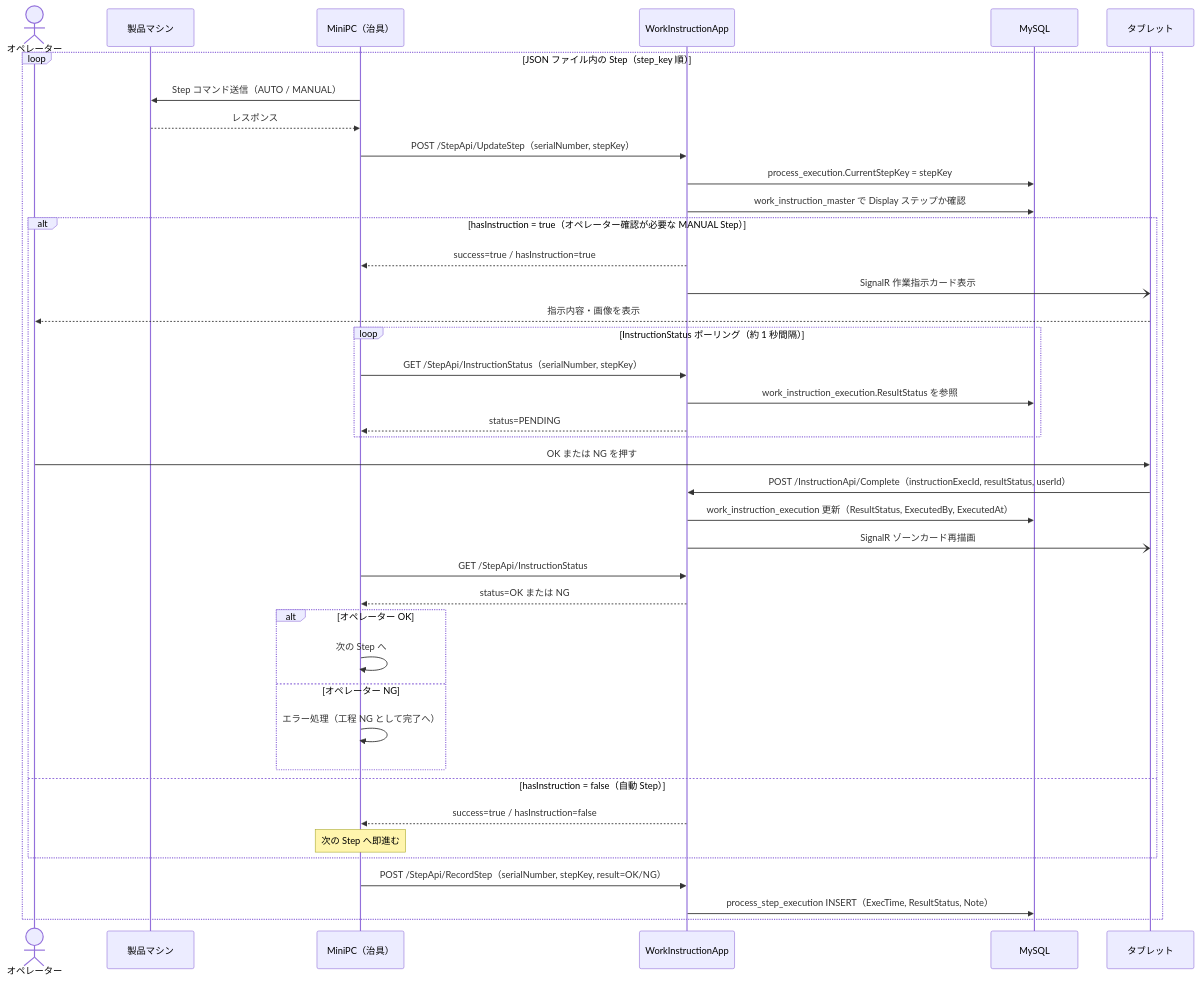
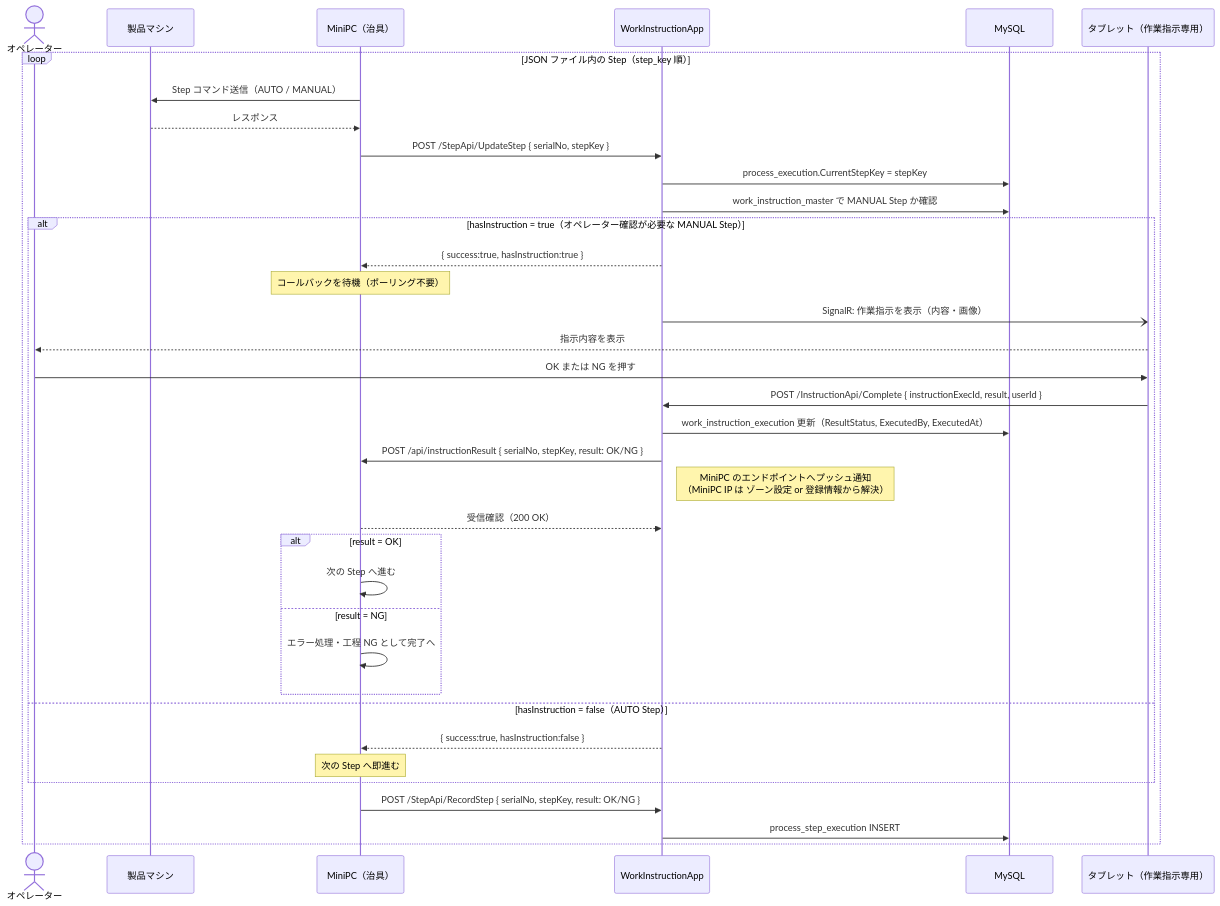
Before and after one commit to namagi14-lab/spica-warranty-design: the fifth of 9 diagrams in docs/07_system_design.md, drawn with Mermaid. The commit also changed other lines of this file, not shown here.

````diff
--- a/docs/07_system_design.md
+++ b/docs/07_system_design.md
@@ -203,51 +204,47 @@
 ```mermaid
 sequenceDiagram
     actor Op as オペレーター
     participant Machine as 製品マシン
     participant MiniPC as MiniPC（治具）
     participant App as WorkInstructionApp
     participant DB as MySQL
-    participant Tablet as タブレット
+    participant Tablet as タブレット（作業指示専用）
 
     loop JSON ファイル内の Step（step_key 順）
         MiniPC->>Machine: Step コマンド送信（AUTO / MANUAL）
         Machine-->>MiniPC: レスポンス
 
-        MiniPC->>App: POST /StepApi/UpdateStep（serialNumber, stepKey）
+        MiniPC->>App: POST /StepApi/UpdateStep { serialNo, stepKey }
         App->>DB: process_execution.CurrentStepKey = stepKey
-        App->>DB: work_instruction_master で Display ステップか確認
+        App->>DB: work_instruction_master で MANUAL Step か確認
 
         alt hasInstruction = true（オペレーター確認が必要な MANUAL Step）
-            App-->>MiniPC: success=true / hasInstruction=true
-            App-)Tablet: SignalR 作業指示カード表示
-            Tablet-->>Op: 指示内容・画像を表示
+            App-->>MiniPC: { success:true, hasInstruction:true }
+            Note over MiniPC: コールバックを待機（ポーリング不要）
 
-            loop InstructionStatus ポーリング（約 1 秒間隔）
-                MiniPC->>App: GET /StepApi/InstructionStatus（serialNumber, stepKey）
-                App->>DB: work_instruction_execution.ResultStatus を参照
-                App-->>MiniPC: status=PENDING
+            App-)Tablet: SignalR: 作業指示を表示（内容・画像）
+            Tablet-->>Op: 指示内容を表示
+
+            Op->>Tablet: OK または NG を押す
+            Tablet->>App: POST /InstructionApi/Complete { instructionExecId, result, userId }
+            App->>DB: work_instruction_execution 更新（ResultStatus, ExecutedBy, ExecutedAt）
+
+            App->>MiniPC: POST /api/instructionResult { serialNo, stepKey, result: OK/NG }
+            Note right of App: MiniPC のエンドポイントへプッシュ通知<br/>（MiniPC IP は ゾーン設定 or 登録情報から解決）
+            MiniPC-->>App: 受信確認（200 OK）
+
+            alt result = OK
+                MiniPC->>MiniPC: 次の Step へ進む
+            else result = NG
+                MiniPC->>MiniPC: エラー処理・工程 NG として完了へ
             end
 
-            Op->>Tablet: OK または NG を押す
-            Tablet->>App: POST /InstructionApi/Complete（instructionExecId, resultStatus, userId）
-            App->>DB: work_instruction_execution 更新（ResultStatus, ExecutedBy, ExecutedAt）
-            App-)Tablet: SignalR ゾーンカード再描画
-
-            MiniPC->>App: GET /StepApi/InstructionStatus
-            App-->>MiniPC: status=OK または NG
-
-            alt オペレーター OK
-                MiniPC->>MiniPC: 次の Step へ
-            else オペレーター NG
-                MiniPC->>MiniPC: エラー処理（工程 NG として完了へ）
-            end
-
-        else hasInstruction = false（自動 Step）
-            App-->>MiniPC: success=true / hasInstruction=false
+        else hasInstruction = false（AUTO Step）
+            App-->>MiniPC: { success:true, hasInstruction:false }
             Note over MiniPC: 次の Step へ即進む
         end
 
-        MiniPC->>App: POST /StepApi/RecordStep（serialNumber, stepKey, result=OK/NG）
-        App->>DB: process_step_execution INSERT（ExecTime, ResultStatus, Note）
+        MiniPC->>App: POST /StepApi/RecordStep { serialNo, stepKey, result: OK/NG }
+        App->>DB: process_step_execution INSERT
     end
 ```
````
